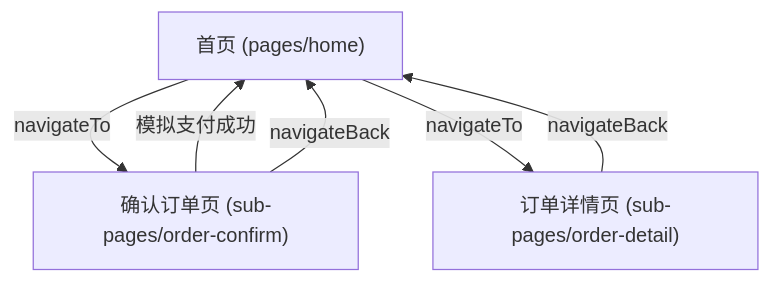
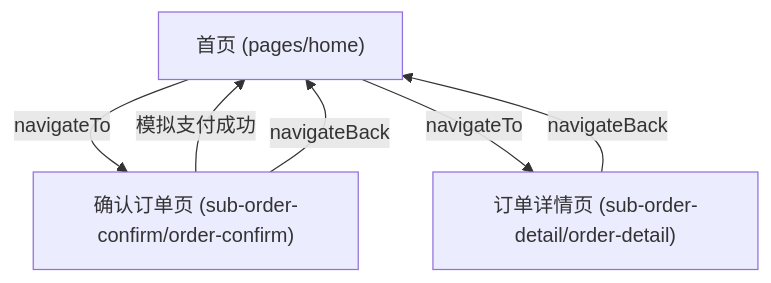
One commit to lu-yanpeng/we-order changed the second of 2 diagrams in docs/phase-1/ARCHITECTURE-SPINE.md. Above: the diagram before and after it, drawn with Mermaid. The commit also changed other lines of this file and 22 other files, not shown here.

````diff
--- a/docs/phase-1/ARCHITECTURE-SPINE.md
+++ b/docs/phase-1/ARCHITECTURE-SPINE.md
@@ -152,8 +153,8 @@
 ```mermaid
 graph TD
-    home["首页 (pages/home)"] -->|navigateTo| confirm["确认订单页 (sub-pages/order-confirm)"]
-    home -->|navigateTo| detail["订单详情页 (sub-pages/order-detail)"]
+    home["首页 (pages/home)"] -->|navigateTo| confirm["确认订单页 (sub-order-confirm/order-confirm)"]
+    home -->|navigateTo| detail["订单详情页 (sub-order-detail/order-detail)"]
     confirm -->|模拟支付成功| home
     confirm -->|navigateBack| home
     detail -->|navigateBack| home
 ```
````
